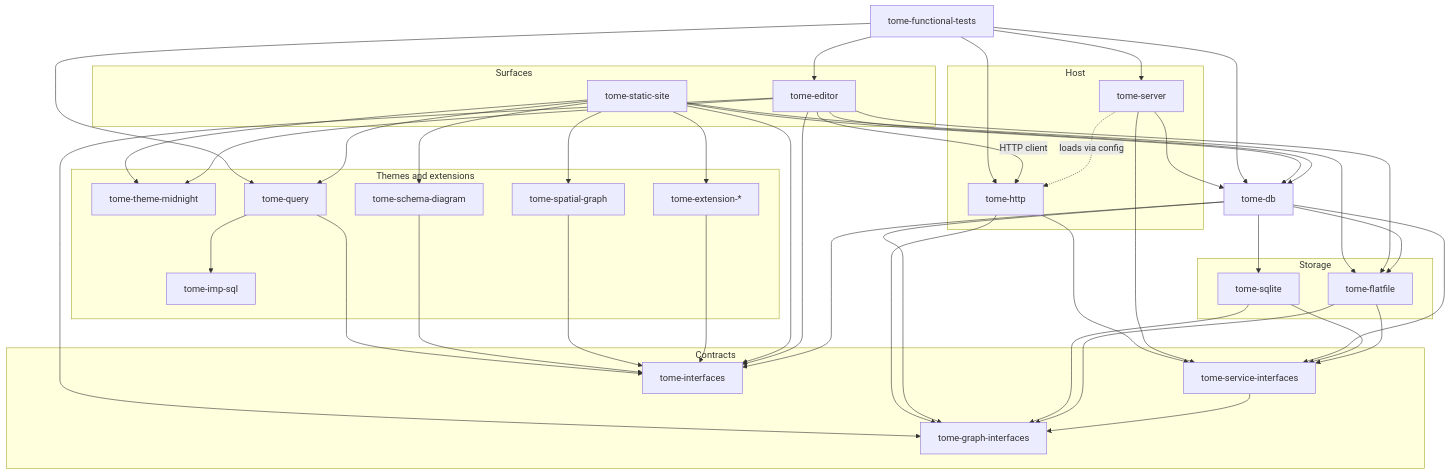
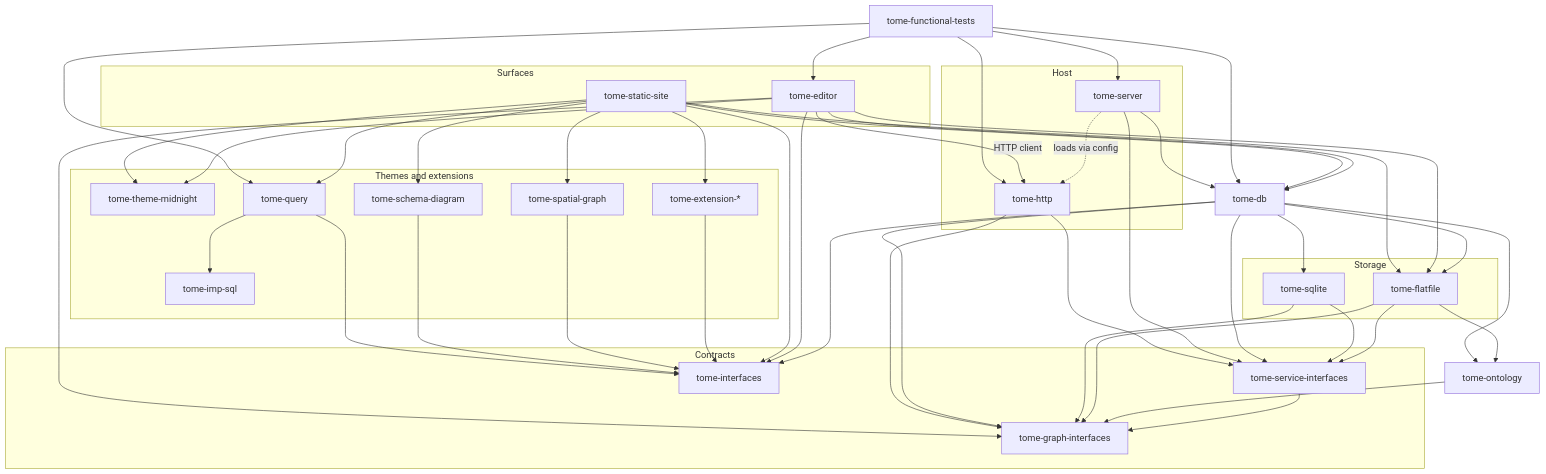
The diagram in packages/README.md (silentorb/tome), drawn with Mermaid before and after one commit. The commit also changed other lines of this file and 32 other files, not shown here.

Commit message:
Add tome-ontology with a predicate/pattern runtime compiled from associations.json so traits attach to patterns without changing the config schema.

```diff
--- a/packages/README.md
+++ b/packages/README.md
@@ -36,6 +37,9 @@
     SI --> GI
   end
 
+  ON[tome-ontology]
+  ON --> GI
+
   subgraph storage [Storage]
     SF[tome-flatfile]
     CS[tome-sqlite]
@@ -43,6 +47,7 @@
 
   SF --> SI
   SF --> GI
+  SF --> ON
   CS --> SI
   CS --> GI
 
@@ -52,6 +57,7 @@
   DB --> GI
   DB --> SI
   DB --> EI
+  DB --> ON
 
   subgraph host [Host]
     SRV[tome-server]
```
